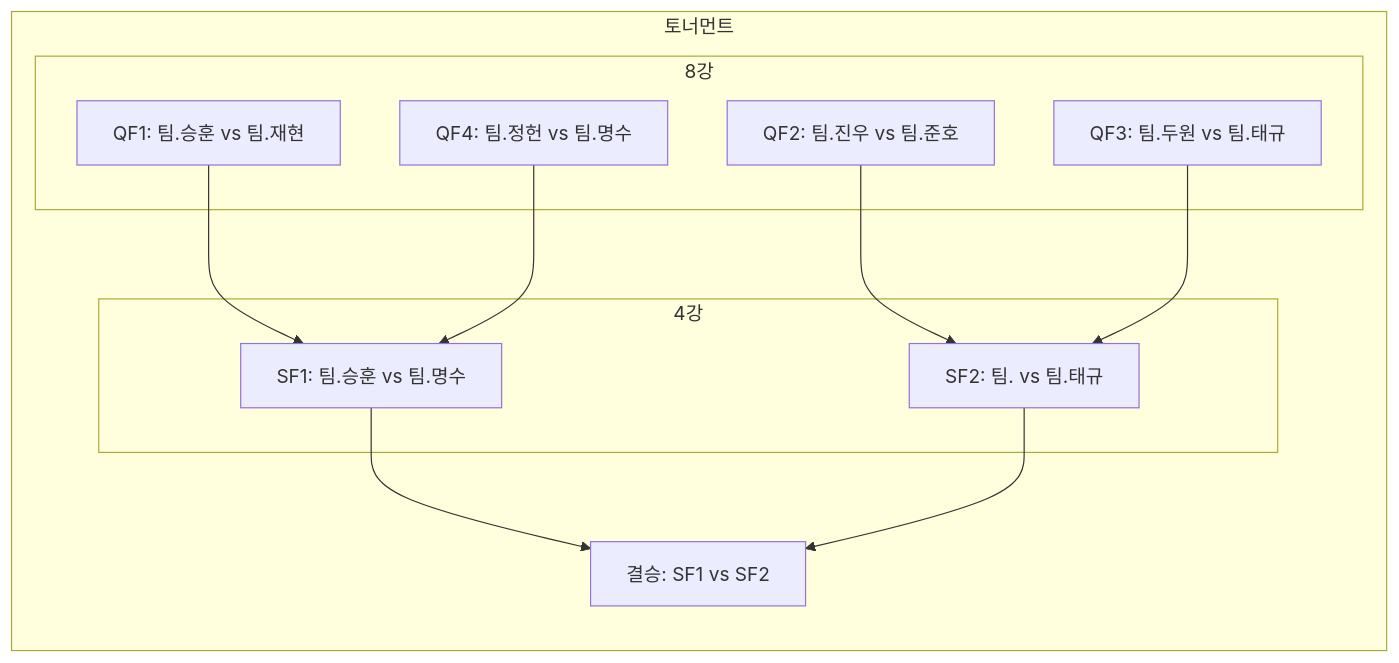
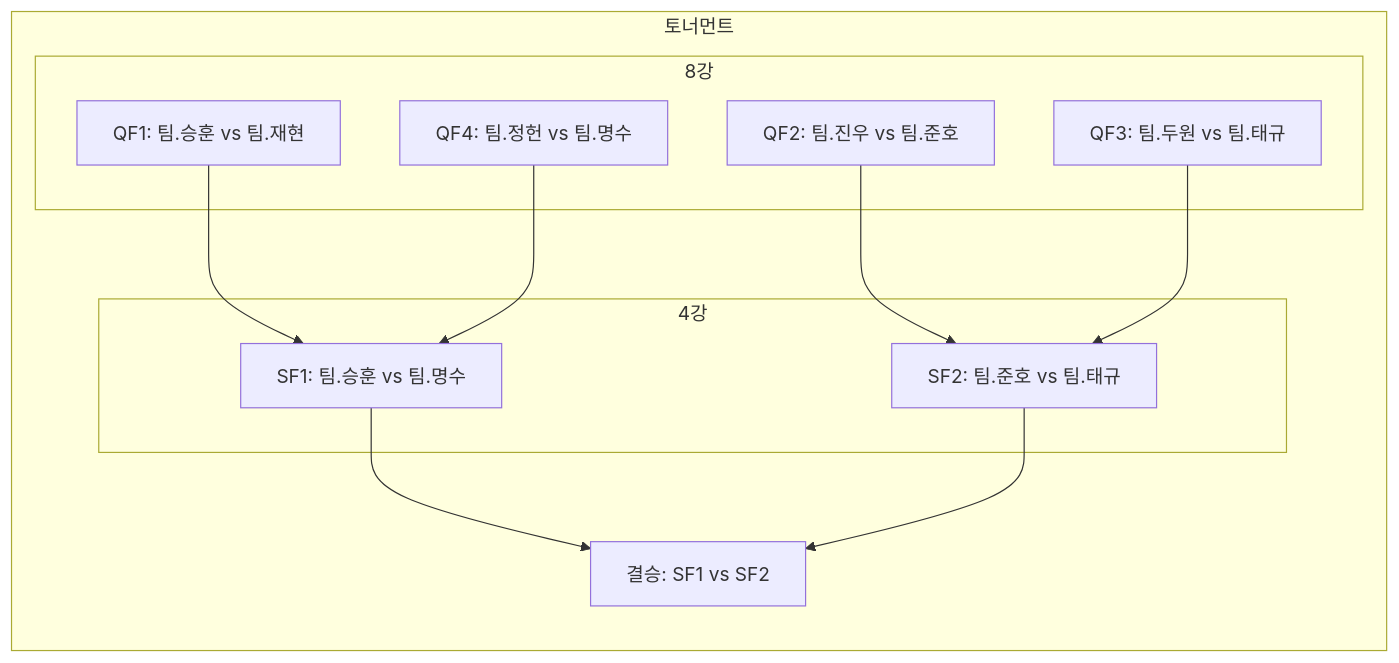
One commit to winteruss/3-8-Brawlstars-Tournament changed the third of 3 diagrams in 브롤대회.md. Above: the diagram before and after it, drawn with Mermaid.

````diff
--- a/브롤대회.md
+++ b/브롤대회.md
@@ -100,25 +100,25 @@
 ```mermaid
 flowchart TB
 %% 토너먼트
   subgraph KO["토너먼트"]
     direction TB
     subgraph QF["8강"]
       QF1["QF1: 팀.승훈 vs 팀.재현"]
       QF2["QF2: 팀.진우 vs 팀.준호"]
       QF3["QF3: 팀.두원 vs 팀.태규"]
       QF4["QF4: 팀.정헌 vs 팀.명수"]
     end
     subgraph SF["4강"]
       SF1["SF1: 팀.승훈 vs 팀.명수"]
-      SF2["SF2: 팀. vs 팀.태규"]
+      SF2["SF2: 팀.준호 vs 팀.태규"]
     end
     Final["결승: SF1 vs SF2"]
   end
   %% 화살표 연결
   QF1 --> SF1
   QF4 --> SF1
   QF2 --> SF2
   QF3 --> SF2
   SF1 --> Final
   SF2 --> Final
 ```
````
